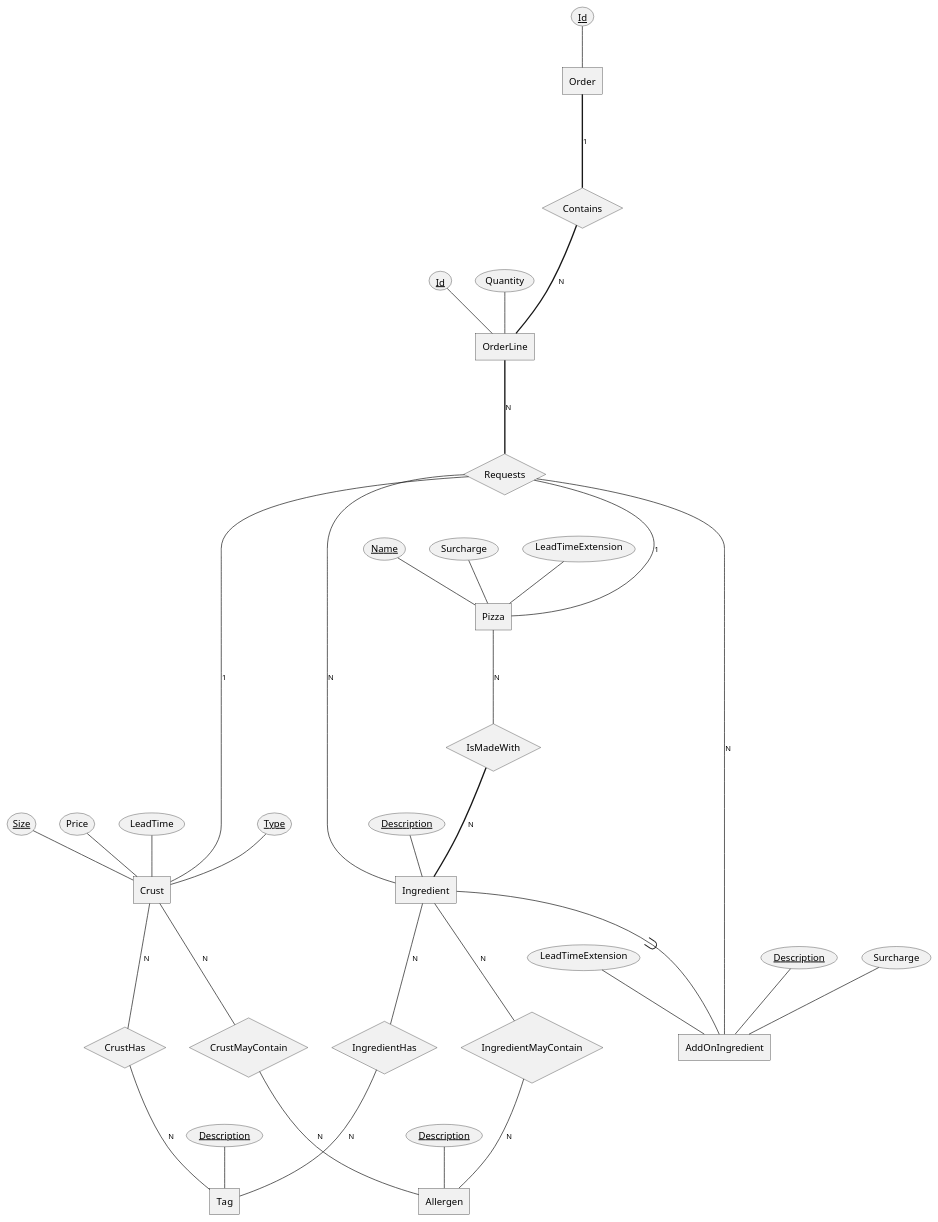
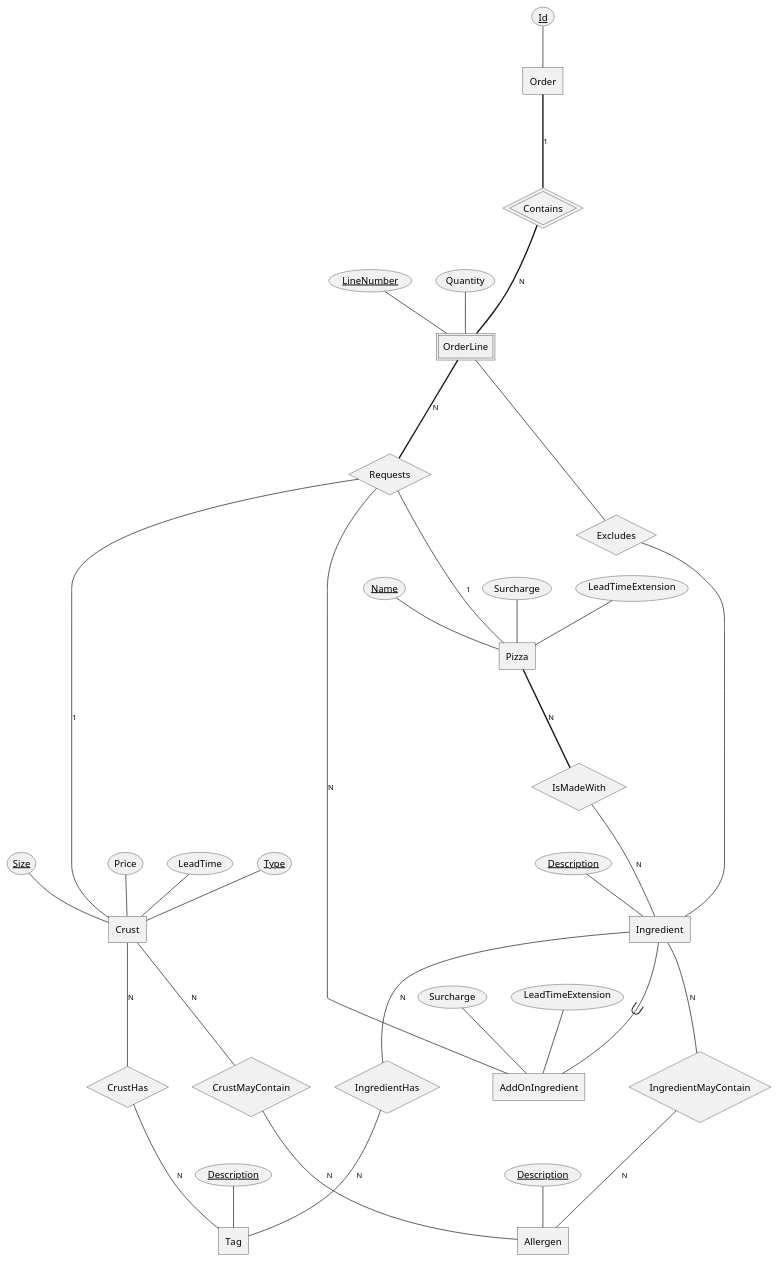
Before and after one commit to Peter-Oestergaard/Database-for-udviklere: the diagram in Pizzageddon/02-logical.puml, drawn with PlantUML.

Commit message:
Third iteration

```diff
--- a/Pizzageddon/02-logical.puml
+++ b/Pizzageddon/02-logical.puml
@@ -1,99 +1,104 @@
 @startchen Pizzageddon
 
 entity Order {
     Id <<key>>
 }
 
-entity OrderLine {
-    Id <<key>>
+entity OrderLine <<weak>> {
+    LineNumber <<key>>
     Quantity
 }
 
-relationship Contains {
+relationship Contains <<identifying>> {
 
 }
 
 Order =1= Contains
 Contains =N= OrderLine
 
 relationship Requests {
+
+}
+
+relationship Excludes {
 
 }
 
 entity Crust {
     Type <<key>>
     Size <<key>>
     Price
     LeadTime
 }
 
 entity Pizza {
     Name <<key>>
     Surcharge
     LeadTimeExtension
 }
 
+entity Ingredient {
+    Description <<key>>
+}
+
 entity AddOnIngredient {
-    Description <<key>>
     Surcharge
     LeadTimeExtension
-}
-
-entity Ingredient {
-    Description <<key>>
 }
 
 OrderLine =N= Requests
 Requests -1- Crust
 Requests -1- Pizza
 Requests -N- AddOnIngredient
-Requests -N- Ingredient
+
+OrderLine -- Excludes
+Excludes -- Ingredient
 
 entity Tag {
     Description <<key>>
 }
 
 entity Allergen {
     Description <<key>>
 }
 
 relationship CrustHas {
 
 }
 
 Crust -N- CrustHas
 CrustHas -N- Tag
 
 relationship IngredientHas {
 
 }
 
 Ingredient -N- IngredientHas
 IngredientHas -N- Tag
 
 relationship IsMadeWith {
 
 }
 
-Pizza -N- IsMadeWith
-IsMadeWith =N= Ingredient
+Pizza =N= IsMadeWith
+IsMadeWith -N- Ingredient
 
 
 relationship CrustMayContain {
 
 }
 
 Crust -N- CrustMayContain
 CrustMayContain -N- Allergen
 
 relationship IngredientMayContain {
 
 }
 
 Ingredient -N- IngredientMayContain
 IngredientMayContain -N- Allergen
 
 Ingredient ->- AddOnIngredient
 
 
 @endchen
```
